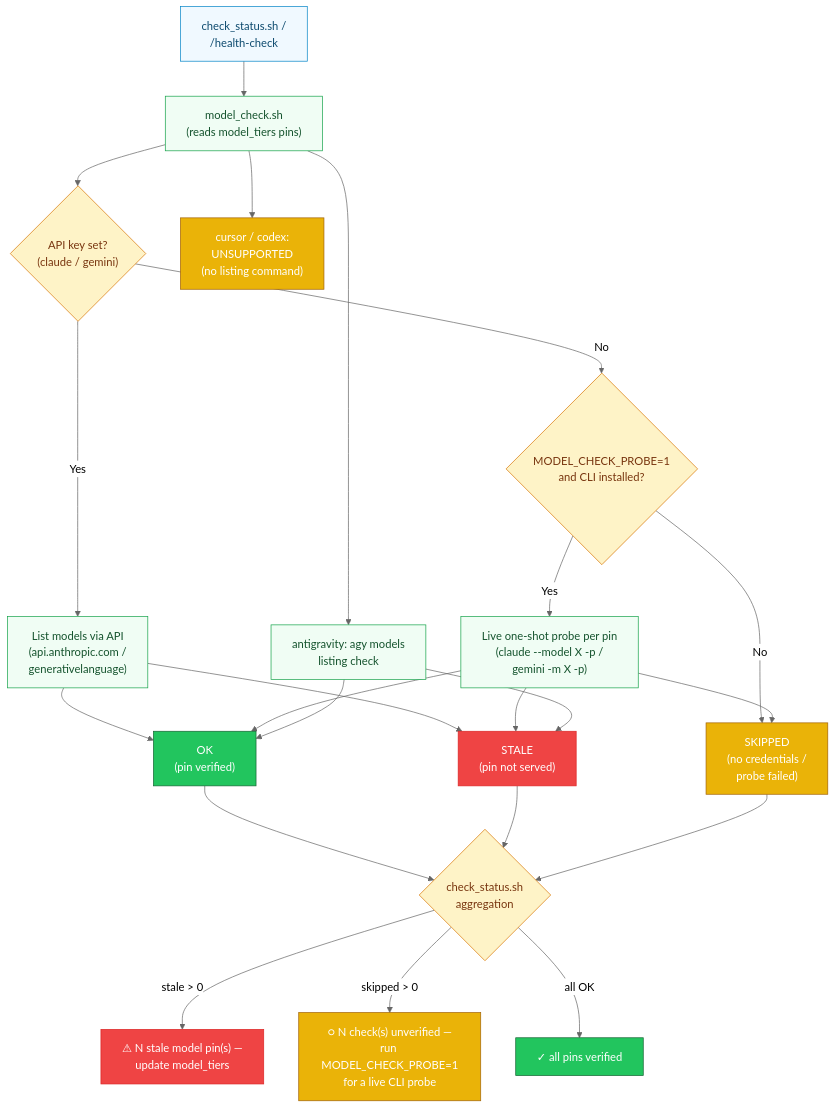
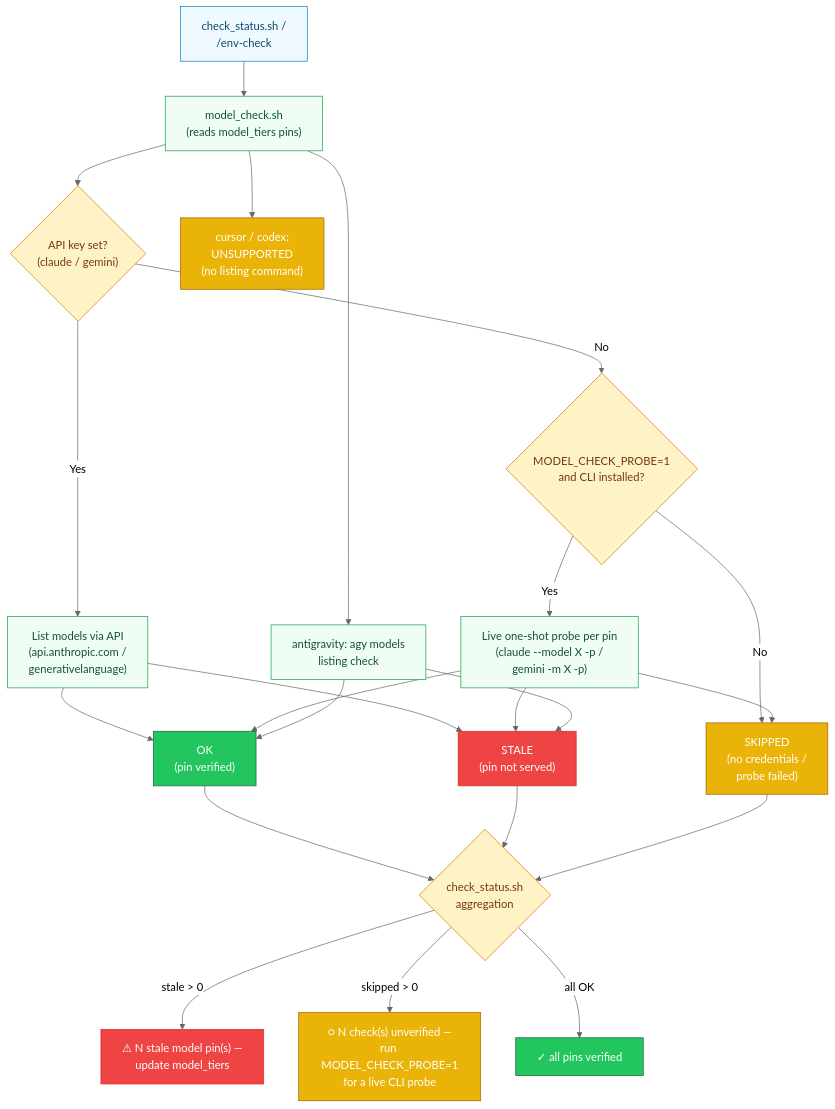
One commit to RB-chrismandich/Manifest changed diagram 11 of 19 in docs/ARCHITECTURE_DIAGRAMS.md. Above: the diagram before and after it, drawn with Mermaid. The commit also changed other lines of this file and 249 other files, not shown here.

````diff
--- a/docs/ARCHITECTURE_DIAGRAMS.md
+++ b/docs/ARCHITECTURE_DIAGRAMS.md
@@ -930,53 +930,53 @@
 ```mermaid
 %%{init: {'theme':'neutral'}}%%
 flowchart TD
     classDef input fill:#f0f9ff,stroke:#0284c7,color:#0c4a6e
     classDef process fill:#f0fdf4,stroke:#16a34a,color:#14532d
     classDef decision fill:#fef3c7,stroke:#d97706,color:#78350f
     classDef ok fill:#22c55e,stroke:#166534,color:#fff
     classDef warn fill:#eab308,stroke:#a16207,color:#fff
     classDef stale fill:#ef4444,stroke:#dc2626,color:#fff
 
-    CALLER["check_status.sh /<br/>/health-check"]:::input
+    CALLER["check_status.sh /<br/>/env-check"]:::input
     MODEL_CHECK["model_check.sh<br/>(reads model_tiers pins)"]:::process
 
     API_KEY{"API key set?<br/>(claude / gemini)"}:::decision
     LISTING["List models via API<br/>(api.anthropic.com /<br/>generativelanguage)"]:::process
     PROBE_OPT{"MODEL_CHECK_PROBE=1<br/>and CLI installed?"}:::decision
     PROBE["Live one-shot probe per pin<br/>(claude --model X -p /<br/>gemini -m X -p)"]:::process
 
     AGY_LIST["antigravity: agy models<br/>listing check"]:::process
     UNSUP["cursor / codex:<br/>UNSUPPORTED<br/>(no listing command)"]:::warn
 
     PIN_OK["OK<br/>(pin verified)"]:::ok
     PIN_STALE["STALE<br/>(pin not served)"]:::stale
     PIN_SKIP["SKIPPED<br/>(no credentials /<br/>probe failed)"]:::warn
 
     AGG{"check_status.sh<br/>aggregation"}:::decision
     REPORT_STALE["⚠ N stale model pin(s) —<br/>update model_tiers"]:::stale
     REPORT_UNVER["○ N check(s) unverified —<br/>run MODEL_CHECK_PROBE=1<br/>for a live CLI probe"]:::warn
     REPORT_OK["✓ all pins verified"]:::ok
 
     CALLER --> MODEL_CHECK
     MODEL_CHECK --> API_KEY
     MODEL_CHECK --> AGY_LIST
     MODEL_CHECK --> UNSUP
     API_KEY -->|Yes| LISTING
     API_KEY -->|No| PROBE_OPT
     PROBE_OPT -->|Yes| PROBE
     PROBE_OPT -->|No| PIN_SKIP
     LISTING --> PIN_OK
     LISTING --> PIN_STALE
     PROBE --> PIN_OK
     PROBE --> PIN_STALE
     PROBE --> PIN_SKIP
     AGY_LIST --> PIN_OK
     AGY_LIST --> PIN_STALE
 
     PIN_OK --> AGG
     PIN_STALE --> AGG
     PIN_SKIP --> AGG
     AGG -->|stale > 0| REPORT_STALE
     AGG -->|skipped > 0| REPORT_UNVER
     AGG -->|all OK| REPORT_OK
 ```
````
